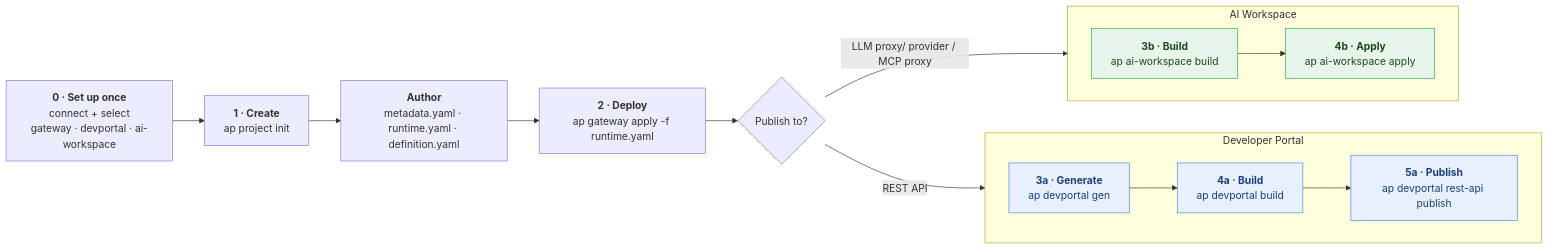
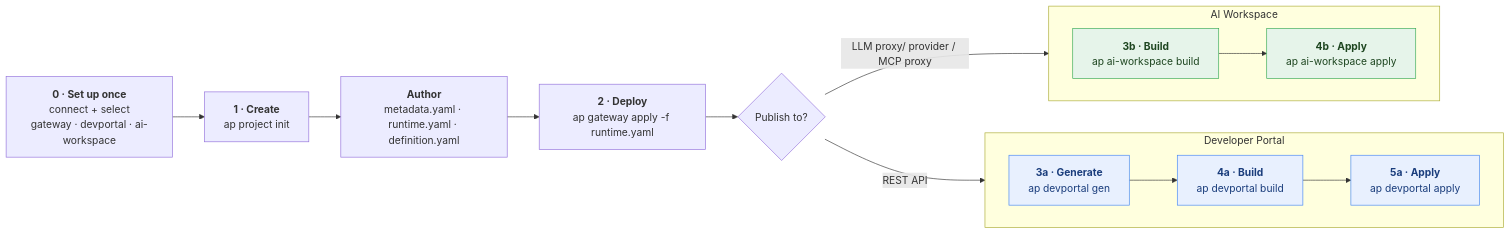
Before and after one commit to wso2/api-platform: the diagram in docs/cli/end-to-end-workflow.md, drawn with Mermaid. The commit also changed other lines of this file and 14 other files, not shown here.

Commit message:
introduce apply command for devportal

````diff
--- a/docs/cli/end-to-end-workflow.md
+++ b/docs/cli/end-to-end-workflow.md
@@ -13,25 +13,25 @@
 ```mermaid
 flowchart LR
     A["<b>0 · Set up once</b><br/>connect + select<br/>gateway · devportal · ai-workspace"] --> B["<b>1 · Create</b><br/>ap project init"]
     B --> C["<b>Author</b><br/>metadata.yaml · runtime.yaml · definition.yaml"]
     C --> D["<b>2 · Deploy</b><br/>ap gateway apply -f runtime.yaml"]
     D --> E{"Publish to?"}
 
     subgraph DP["Developer Portal"]
         direction LR
-        F["<b>3a · Generate</b><br/>ap devportal gen"] --> G["<b>4a · Build</b><br/>ap devportal build"] --> H["<b>5a · Publish</b><br/>ap devportal rest-api publish"]
+        F["<b>3a · Generate</b><br/>ap devportal gen"] --> G["<b>4a · Build</b><br/>ap devportal build"] --> H["<b>5a · Apply</b><br/>ap devportal apply"]
     end
 
     subgraph AW["AI Workspace"]
         direction LR
         I["<b>3b · Build</b><br/>ap ai-workspace build"] --> J["<b>4b · Apply</b><br/>ap ai-workspace apply"]
     end
 
     E -->|REST API| F
     E -->|LLM proxy/ provider / MCP proxy| I
 
     classDef dp fill:#e8f0fe,stroke:#4285f4,color:#1a3d7c;
     classDef aiws fill:#e6f4ea,stroke:#34a853,color:#1e4620;
     class F,G,H dp;
     class I,J aiws;
 ```
````
